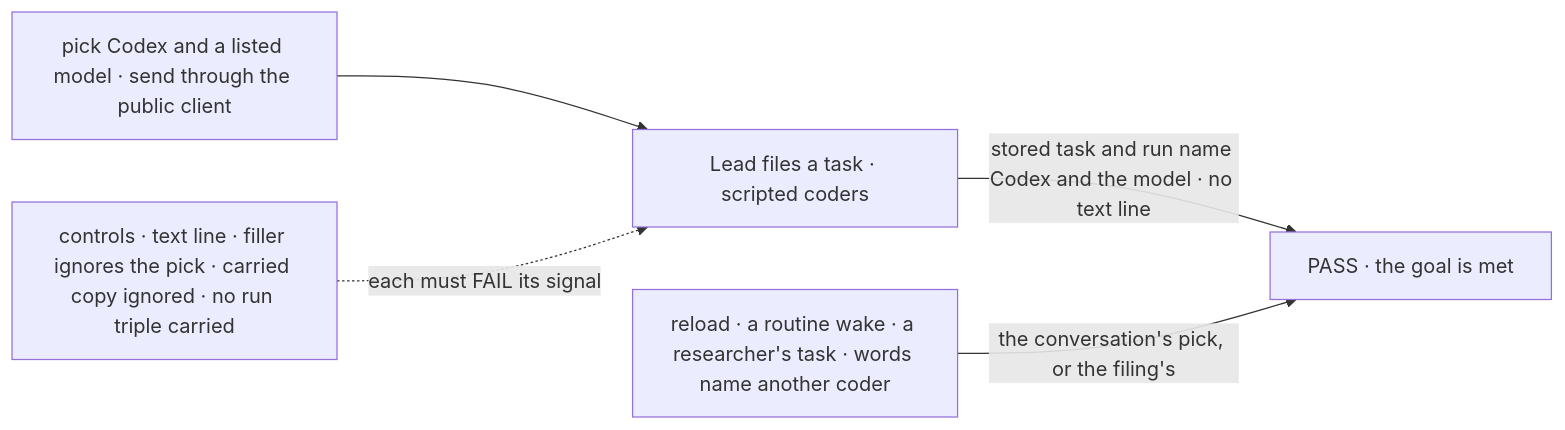
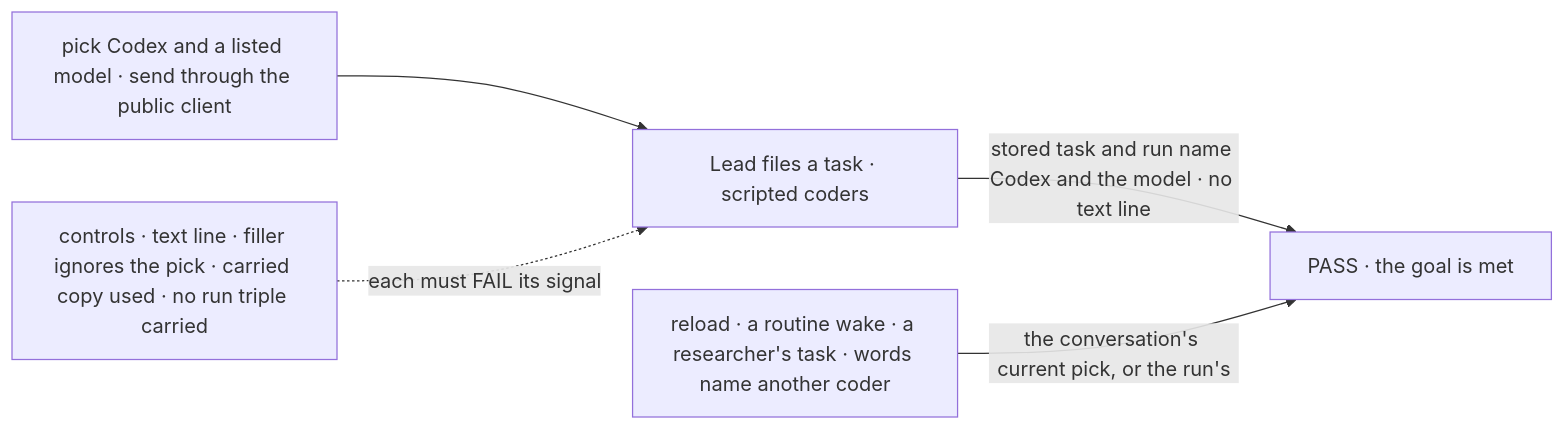
Before and after one commit to fixpoint-labs/flow-state-dev: the first of 2 diagrams in specs/issues/FIX-2879/SPEC.md, drawn with Mermaid. The commit also changed other lines of this file and 2 other files, not shown here.

First line of the commit message:
spec(FIX-2879): D3 reads the person's current pick; check the pick at the write

````diff
--- a/specs/issues/FIX-2879/SPEC.md
+++ b/specs/issues/FIX-2879/SPEC.md
@@ -33,7 +33,7 @@
 ```mermaid
 flowchart LR
   P["pick Codex and a listed model · send through the public client"] --> T["Lead files a task · scripted coders"]
   T -->|"stored task and run name Codex and the model · no text line"| OK["PASS · the goal is met"]
-  R["reload · a routine wake · a researcher's task · words name another coder"] -->|"the conversation's pick, or the filing's"| OK
-  C["controls · text line · filler ignores the pick · carried copy ignored · no run triple carried"] -.->|"each must FAIL its signal"| T
+  R["reload · a routine wake · a researcher's task · words name another coder"] -->|"the conversation's current pick, or the run's"| OK
+  C["controls · text line · filler ignores the pick · carried copy used · no run triple carried"] -.->|"each must FAIL its signal"| T
 ```
````
